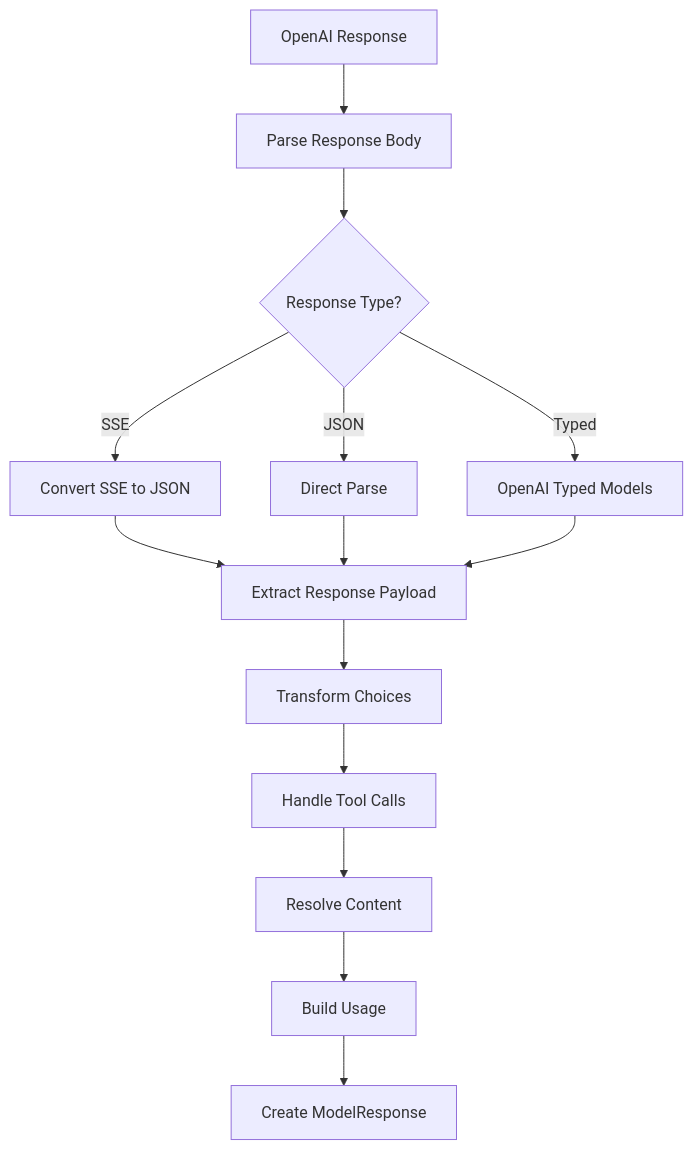
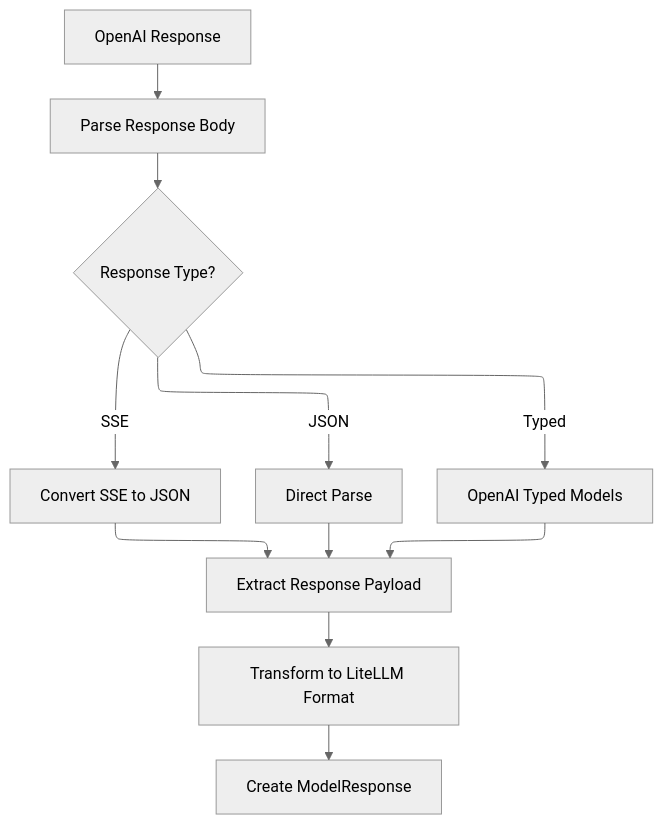
Before and after one commit to jslorrma/litellm-codex-oauth-provider: the fifth of 5 diagrams in docs/architecture.md, drawn with Mermaid. The commit also changed other lines of this file and 2 other files, not shown here.

First line of the commit message:
docs: simplify and streamline architecture documentation

````diff
--- a/docs/architecture.md
+++ b/docs/architecture.md
@@ -184,18 +178,25 @@
 ```mermaid
+---
+config:
+  theme: neutral
+  layout: elk
+  elk:
+    nodeSpacing: 60
+    edgeSpacing: 50
+    layoutDirection: TB
+---
+
 graph TD
     A[OpenAI Response] --> B[Parse Response Body]
     B --> C{Response Type?}
     C -->|SSE| D[Convert SSE to JSON]
     C -->|JSON| E[Direct Parse]
     C -->|Typed| F[OpenAI Typed Models]
 
     D --> G[Extract Response Payload]
     E --> G
     F --> G
 
-    G --> H[Transform Choices]
-    H --> I[Handle Tool Calls]
-    I --> J[Resolve Content]
-    J --> K[Build Usage]
-    K --> L[Create ModelResponse]
+    G --> H[Transform to LiteLLM Format]
+    H --> I[Create ModelResponse]
 ```
````
